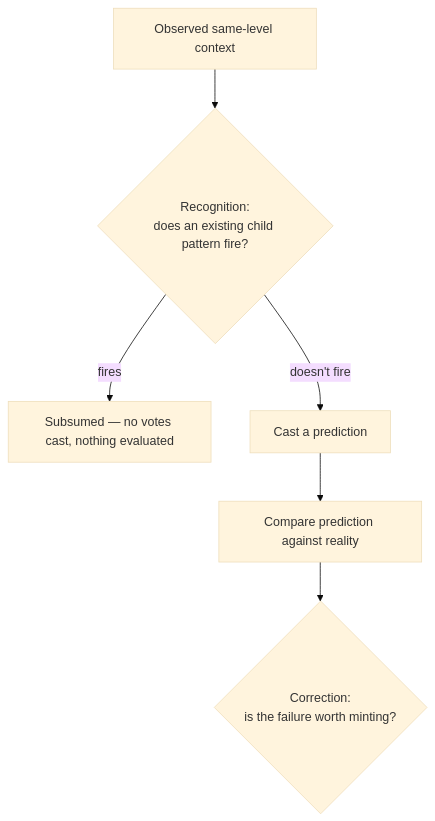
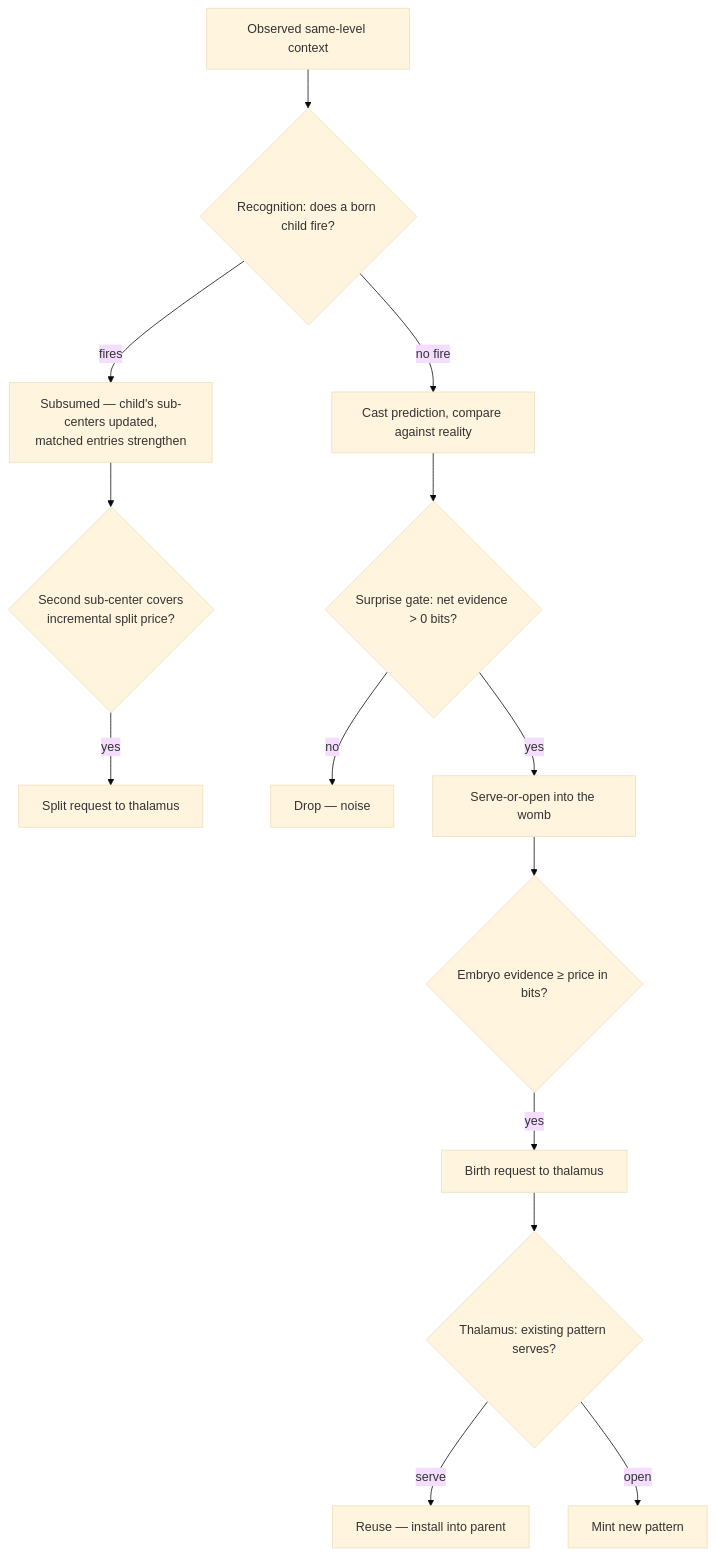
One commit to cucar/robot_brain changed the second of 2 diagrams in docs/algorithm.md. Above: the diagram before and after it, drawn with Mermaid (base theme). The commit also changed other lines of this file and 5 other files, not shown here.

Commit message:
ucar architecture design + updated pricing

````diff
--- a/docs/algorithm.md
+++ b/docs/algorithm.md
@@ -12,8 +393,16 @@
 ```mermaid
 flowchart TD
-    A[Observed same-level context] --> B{Recognition:<br/>does an existing child pattern fire?}
-    B -->|fires| C[Subsumed — no votes cast, nothing evaluated]
-    B -->|doesn't fire| D[Cast a prediction]
-    D --> E[Compare prediction against reality]
-    E --> F{Correction:<br/>is the failure worth minting?}
+    A[Observed same-level context] --> B{Recognition: does a born child fire?}
+    B -->|fires| C[Subsumed — child's sub-centers updated,<br/>matched entries strengthen]
+    C --> D{Second sub-center covers<br/>incremental split price?}
+    D -->|yes| E[Split request to thalamus]
+    B -->|no fire| F[Cast prediction, compare against reality]
+    F --> G{Surprise gate: net evidence > 0 bits?}
+    G -->|no| H[Drop — noise]
+    G -->|yes| I[Serve-or-open into the womb]
+    I --> J{Embryo evidence ≥ price in bits?}
+    J -->|yes| K[Birth request to thalamus]
+    K --> L{Thalamus: existing pattern serves?}
+    L -->|serve| M[Reuse — install into parent]
+    L -->|open| N[Mint new pattern]
 ```
````
